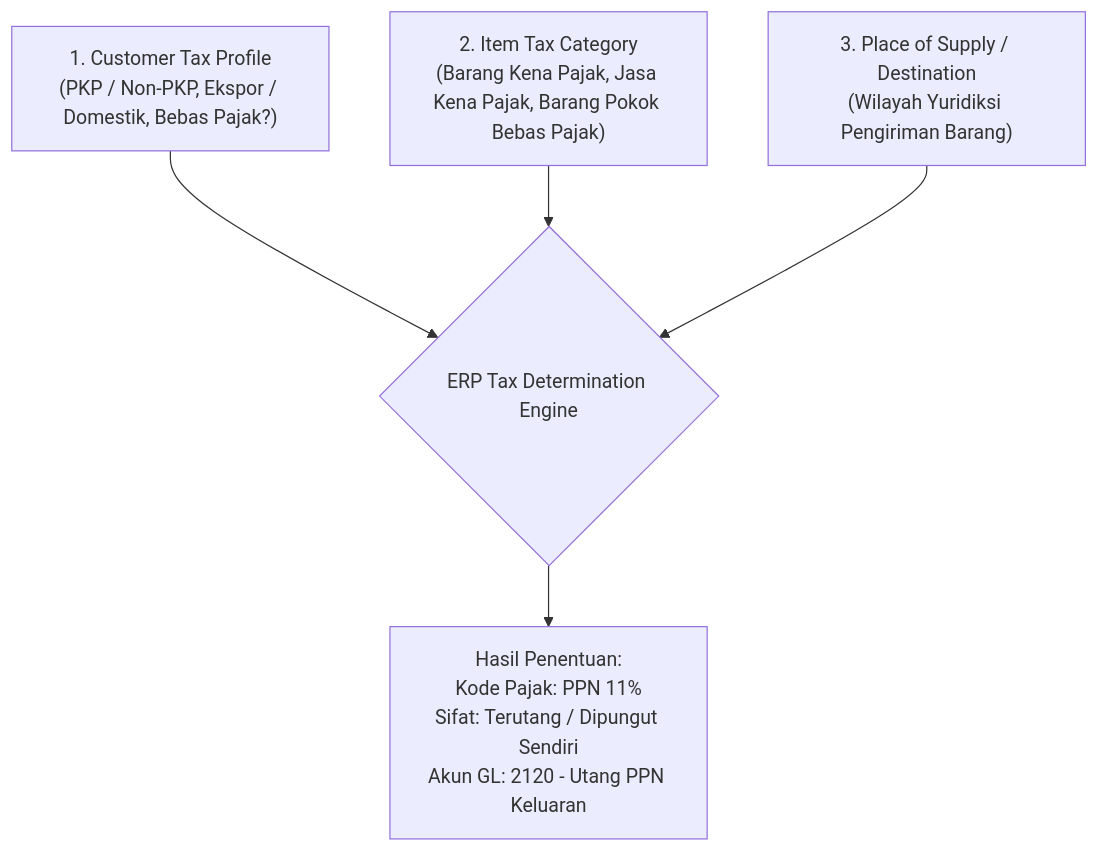
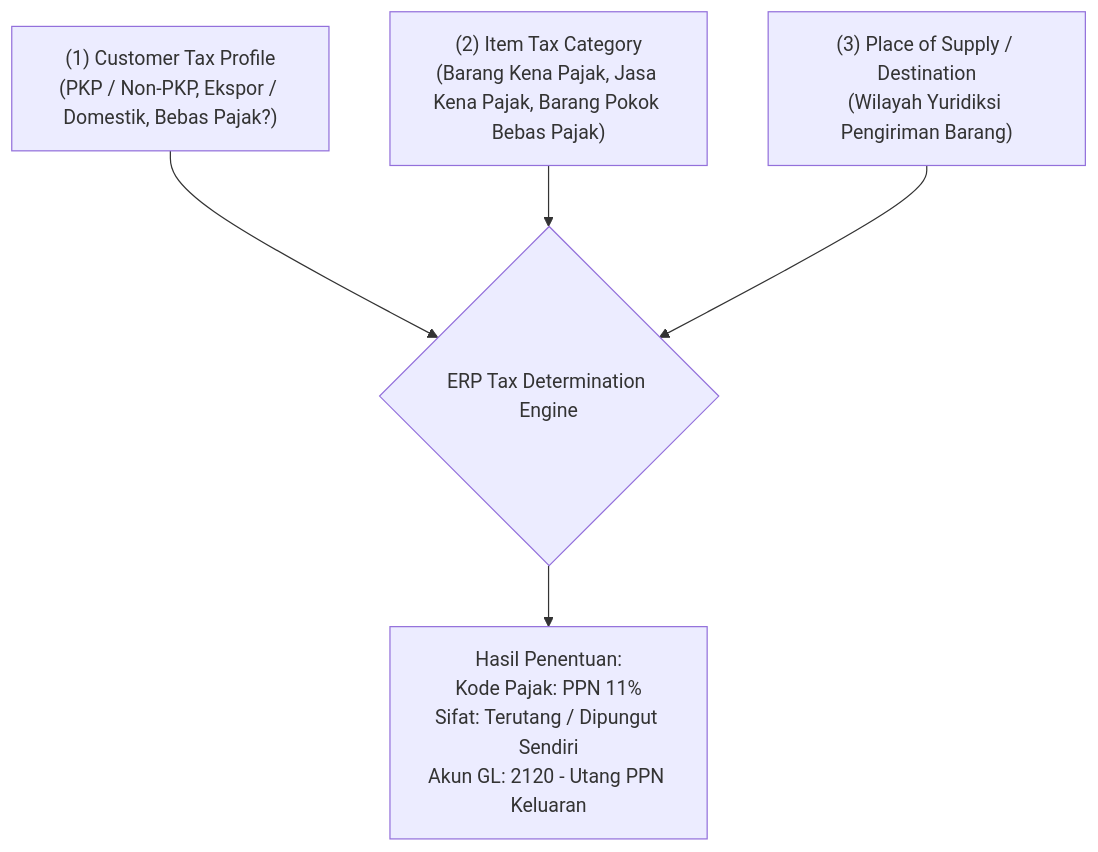
The diagram in content/03-sales/sales-tax.md (alimurrofid/erp-notes), drawn with Mermaid before and after one commit. The commit also changed 132 other files, not shown here.

````diff
--- a/content/03-sales/sales-tax.md
+++ b/content/03-sales/sales-tax.md
@@ -28,13 +28,13 @@
 ```mermaid
 flowchart TD
-    Cust["1. Customer Tax Profile<br/>(PKP / Non-PKP, Ekspor / Domestik, Bebas Pajak?)"] 
+    Cust["(1) Customer Tax Profile<br/>(PKP / Non-PKP, Ekspor / Domestik, Bebas Pajak?)"] 
     --> Engine{"ERP Tax Determination Engine"}
     
-    Item["2. Item Tax Category<br/>(Barang Kena Pajak, Jasa Kena Pajak, Barang Pokok Bebas Pajak)"] 
+    Item["(2) Item Tax Category<br/>(Barang Kena Pajak, Jasa Kena Pajak, Barang Pokok Bebas Pajak)"] 
     --> Engine
     
-    Loc["3. Place of Supply / Destination<br/>(Wilayah Yuridiksi Pengiriman Barang)"] 
+    Loc["(3) Place of Supply / Destination<br/>(Wilayah Yuridiksi Pengiriman Barang)"] 
     --> Engine
 
     Engine --> Result["Hasil Penentuan:<br/>Kode Pajak: PPN 11%<br/>Sifat: Terutang / Dipungut Sendiri<br/>Akun GL: 2120 - Utang PPN Keluaran"]
 ```
````
